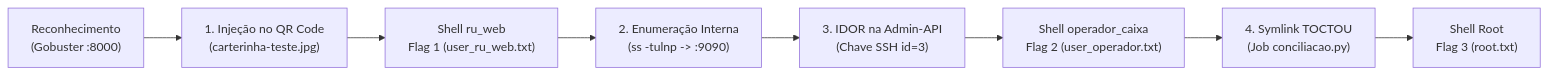
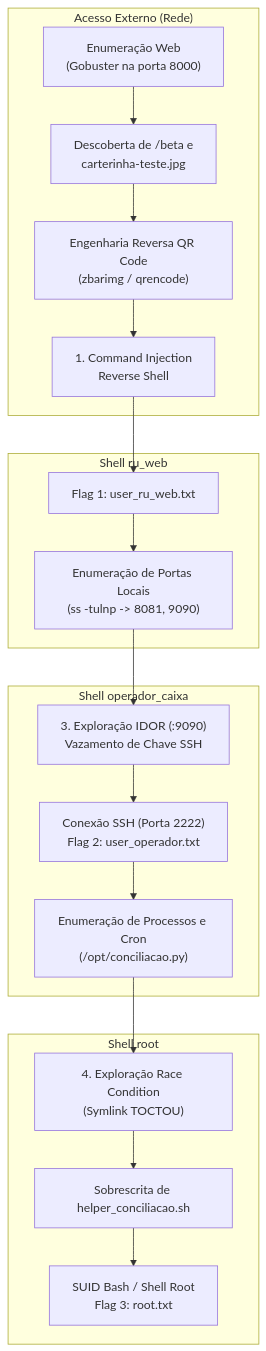
One commit to alan-bcs/desafio-tac changed the diagram in writeup.md. Above: the diagram before and after it, drawn with Mermaid. The commit also changed other lines of this file and 9 other files, not shown here.

````diff
--- a/writeup.md
+++ b/writeup.md
@@ -25,10 +90,28 @@
 ```mermaid
-flowchart LR
-    A["Reconhecimento<br/>(Gobuster :8000)"] --> B["1. Injeção no QR Code<br/>(carterinha-teste.jpg)"]
-    B --> C["Shell ru_web<br/>Flag 1 (user_ru_web.txt)"]
-    C --> D["2. Enumeração Interna<br/>(ss -tulnp -> :9090)"]
-    D --> E["3. IDOR na Admin-API<br/>(Chave SSH id=3)"]
-    E --> F["Shell operador_caixa<br/>Flag 2 (user_operador.txt)"]
-    F --> G["4. Symlink TOCTOU<br/>(Job conciliacao.py)"]
-    G --> H["Shell Root<br/>Flag 3 (root.txt)"]
+flowchart TD
+    subgraph Externo ["Acesso Externo (Rede)"]
+        A["Enumeração Web<br/>(Gobuster na porta 8000)"]
+        B["Descoberta de /beta e<br/>carterinha-teste.jpg"]
+        C["Engenharia Reversa QR Code<br/>(zbarimg / qrencode)"]
+        D["1. Command Injection<br/>Reverse Shell"]
+    end
+
+    subgraph User1 ["Shell ru_web"]
+        E["Flag 1: user_ru_web.txt"]
+        F["Enumeração de Portas Locais<br/>(ss -tulnp -> 8081, 9090)"]
+    end
+
+    subgraph User2 ["Shell operador_caixa"]
+        G["3. Exploração IDOR (:9090)<br/>Vazamento de Chave SSH"]
+        H["Conexão SSH (Porta 2222)<br/>Flag 2: user_operador.txt"]
+        I["Enumeração de Processos e Cron<br/>(/opt/conciliacao.py)"]
+    end
+
+    subgraph Root ["Shell root"]
+        J["4. Exploração Race Condition<br/>(Symlink TOCTOU)"]
+        K["Sobrescrita de helper_conciliacao.sh"]
+        L["SUID Bash / Shell Root<br/>Flag 3: root.txt"]
+    end
+
+    A --> B --> C --> D --> E --> F --> G --> H --> I --> J --> K --> L
 ```
````
